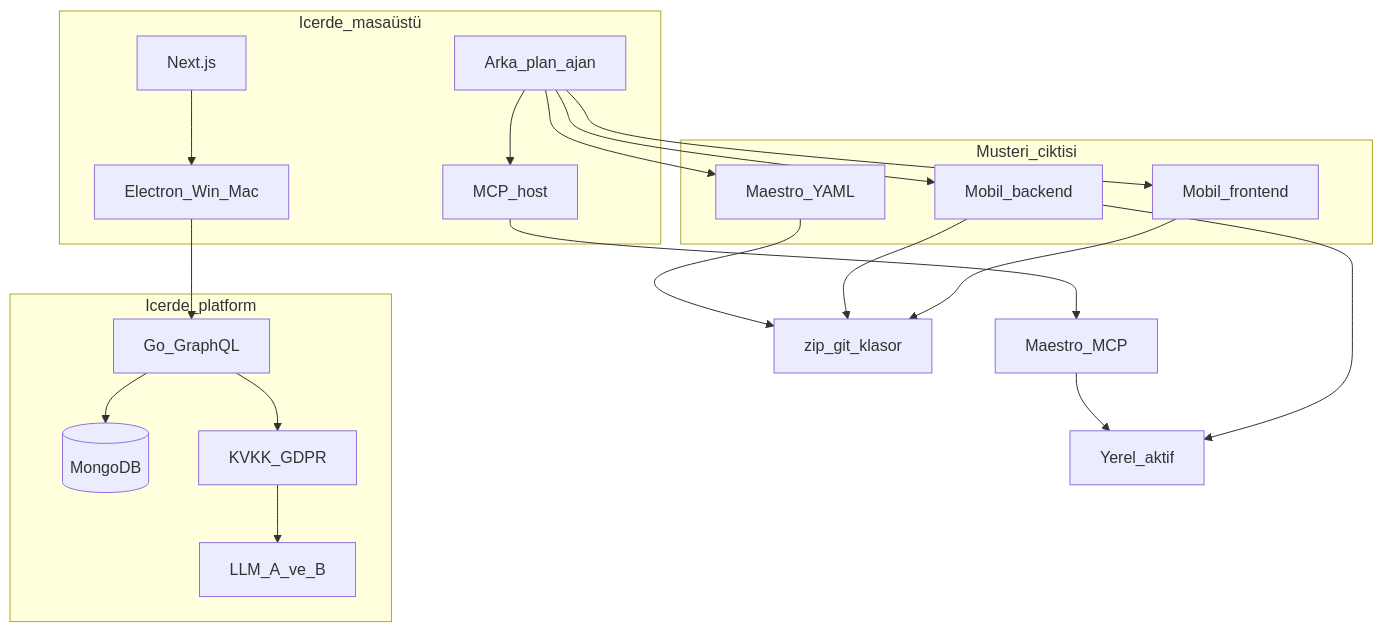
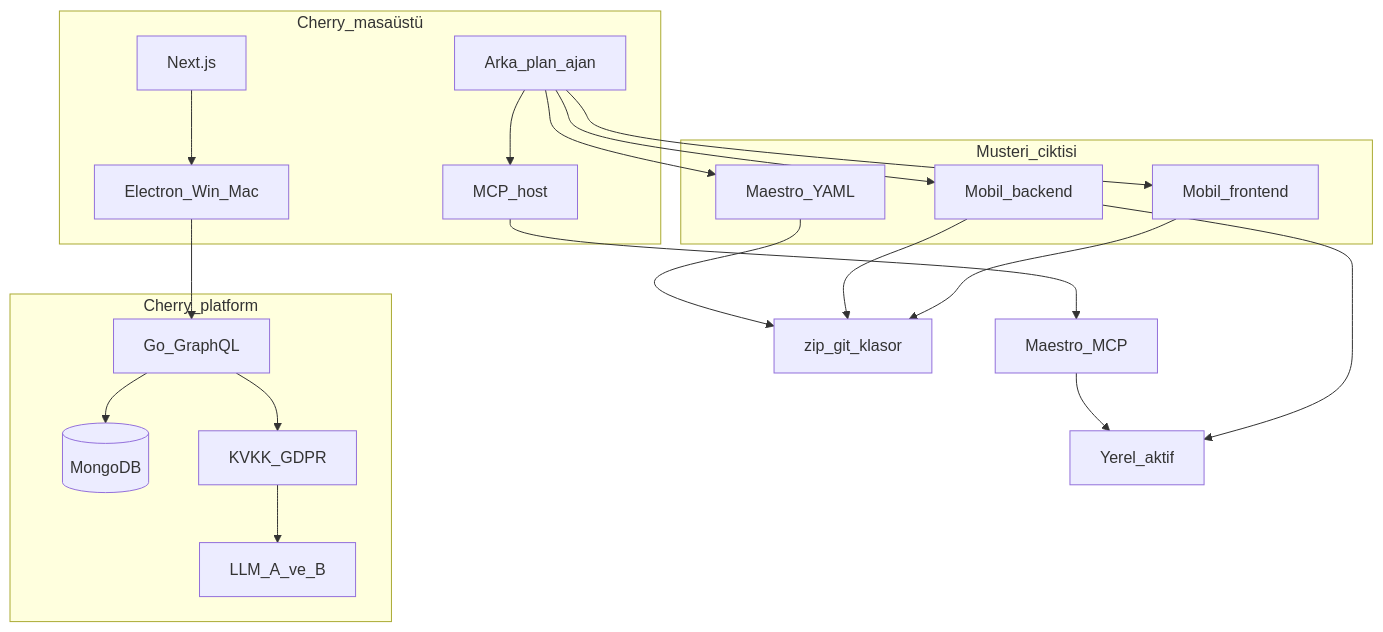
The diagram in docs/README.md (emrahyasinisik/Cherry), drawn with Mermaid before and after one commit. The commit also changed other lines of this file and 124 other files, not shown here.

First line of the commit message:
Rename the studio brand from Icerde to Cherry.

````diff
--- a/docs/README.md
+++ b/docs/README.md
@@ -7,35 +7,35 @@
 ```mermaid
 flowchart TB
-  subgraph studio [Icerde_masaüstü]
+  subgraph studio [Cherry_masaüstü]
     UI[Next.js]
     Electron[Electron_Win_Mac]
     Agent[Arka_plan_ajan]
     MCP[MCP_host]
   end
-  subgraph platform [Icerde_platform]
+  subgraph platform [Cherry_platform]
     GQL[Go_GraphQL]
     DB[(MongoDB)]
     GDPR[KVKK_GDPR]
     LLM[LLM_A_ve_B]
   end
   subgraph output [Musteri_ciktisi]
     FE[Mobil_frontend]
     BE[Mobil_backend]
     Flows[Maestro_YAML]
   end
   UI --> Electron
   Electron --> GQL
   Agent --> MCP
   GQL --> GDPR
   GDPR --> LLM
   GQL --> DB
   Agent --> FE
   Agent --> BE
   Agent --> Flows
   BE --> Local[Yerel_aktif]
   MCP --> Maestro[Maestro_MCP]
   Maestro --> Local
   FE --> Zip[zip_git_klasor]
   BE --> Zip
   Flows --> Zip
 ```
````
